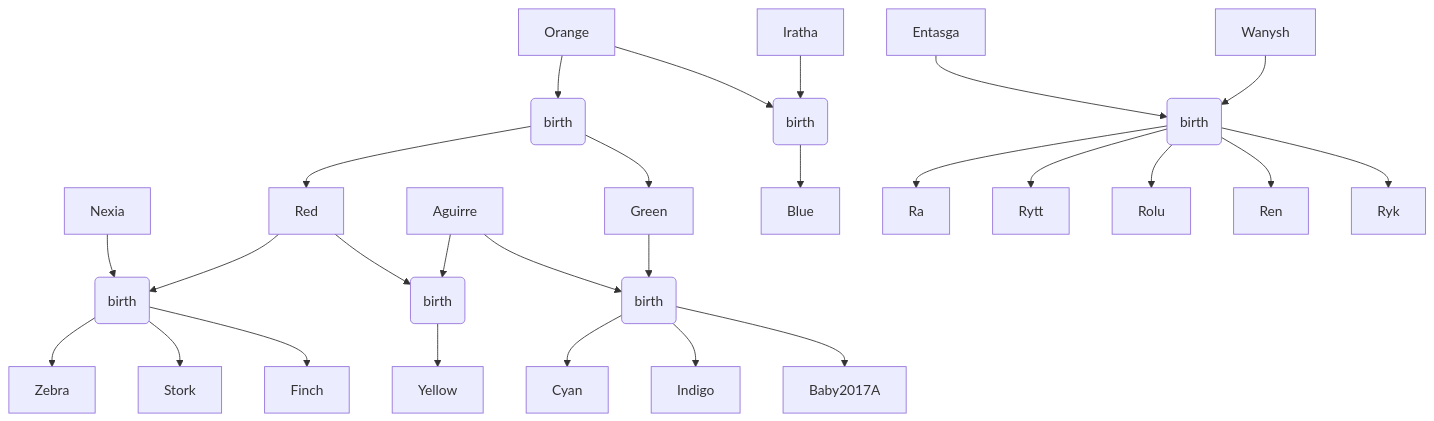
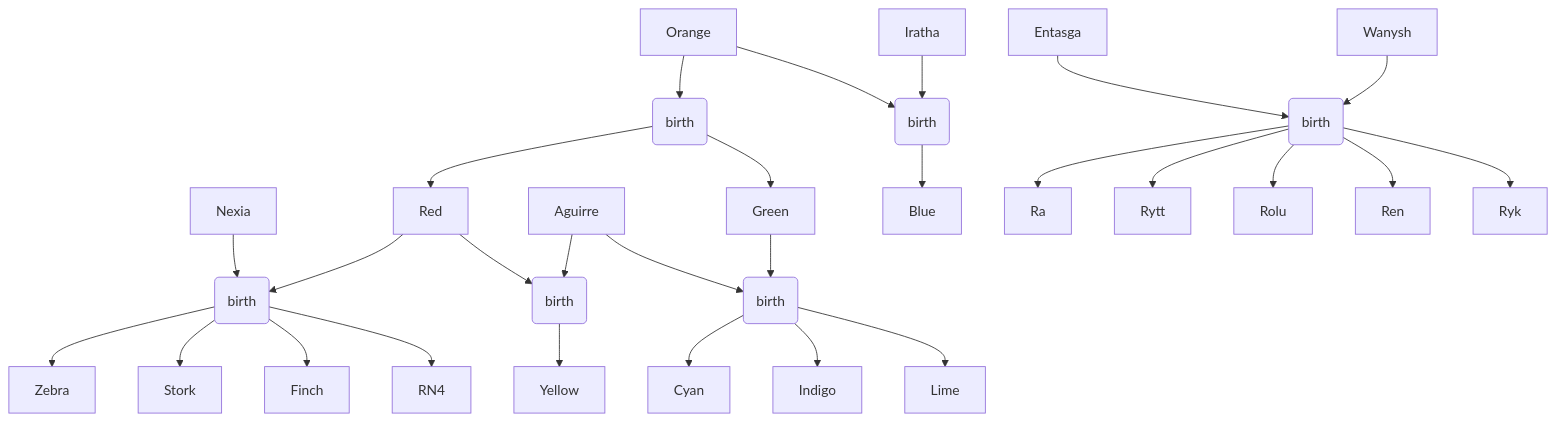
Before and after one commit to WuphonsReach/rimworld-notes: the diagram in plays/SparrowTribe2025/FamilyTrees.md, drawn with Mermaid. The commit also changed 1 other file, not shown here.

Commit message:
Sparrow 5518

````diff
--- a/plays/SparrowTribe2025/FamilyTrees.md
+++ b/plays/SparrowTribe2025/FamilyTrees.md
@@ -5,34 +5,35 @@
 ```mermaid
 ---
   config:
     class:
       hideEmptyMembersBox: true
 ---
 flowchart
   Orange --> OrangeMarriage(birth)
   OrangeMarriage --> Red
   Nexia --> RedNexia(birth)
   Red --> RedNexia(birth)
   RedNexia --> Zebra
   RedNexia --> Stork
   RedNexia --> Finch
+  RedNexia --> RN4
   Red --> RedAguirre(birth)
   Aguirre --> RedAguirre(birth)
   OrangeMarriage --> Green
   Orange --> OrangeIratha(birth)
   Iratha --> OrangeIratha(birth)
   OrangeIratha --> Blue
   Entasga --> EntasgaWanysh(birth)
   Wanysh --> EntasgaWanysh(birth)
   EntasgaWanysh --> Ra
   EntasgaWanysh --> Rytt
   EntasgaWanysh --> Rolu
   EntasgaWanysh --> Ren
   EntasgaWanysh --> Ryk
   RedAguirre --> Yellow
   Aguirre --> GreenAguirre(birth)
   Green --> GreenAguirre(birth) 
   GreenAguirre --> Cyan
   GreenAguirre --> Indigo
-  GreenAguirre --> Baby2017A
+  GreenAguirre --> Lime
 ```
````
